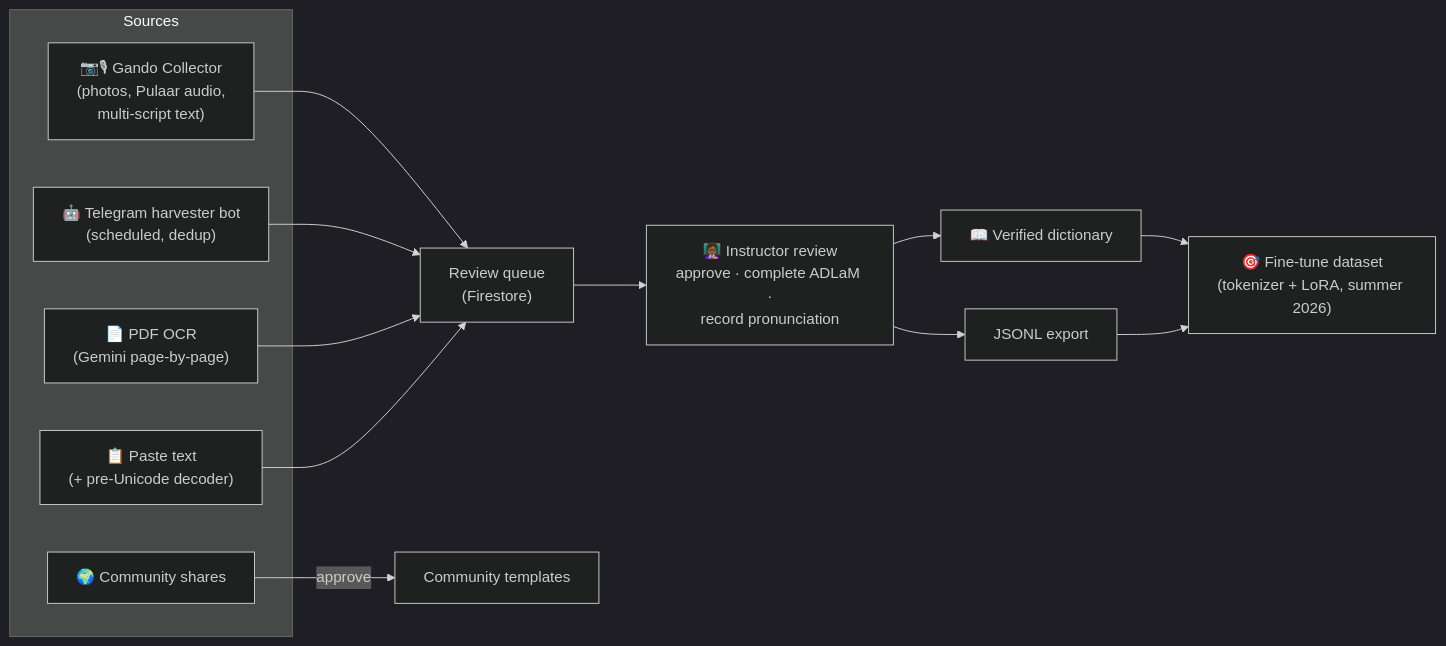
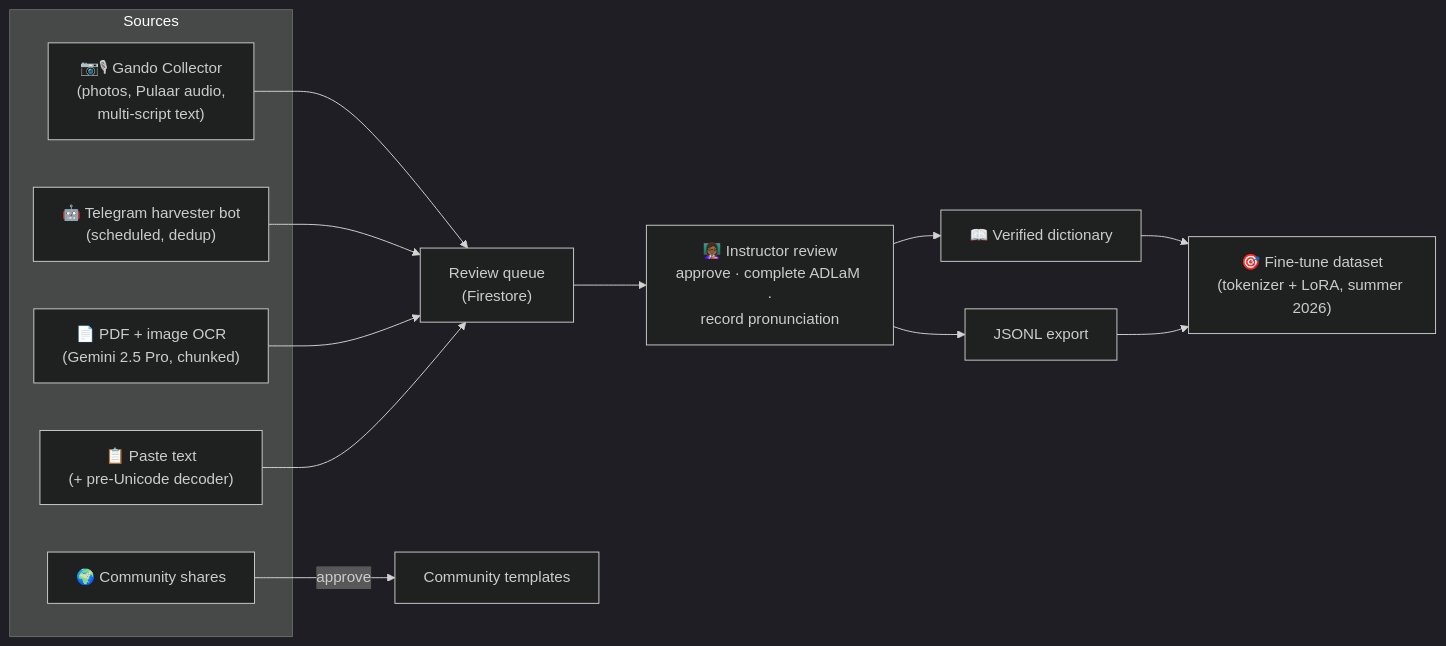
One commit to Dialloni/ADLaM_Pulaar changed the second of 3 diagrams in README.md. Above: the diagram before and after it, drawn with Mermaid (dark theme). The commit also changed other lines of this file, not shown here.

Commit message:
docs(readme): OCR-Pro + image upload, expandable categories, review-queue controls

````diff
--- a/README.md
+++ b/README.md
@@ -73,27 +73,27 @@
 ```mermaid
 flowchart LR
     subgraph Sources
         Coll["📷🎙 Gando Collector<br/>(photos, Pulaar audio,<br/>multi-script text)"]
         TG["🤖 Telegram harvester bot<br/>(scheduled, dedup)"]
-        PDF["📄 PDF OCR<br/>(Gemini page-by-page)"]
+        PDF["📄 PDF + image OCR<br/>(Gemini 2.5 Pro, chunked)"]
         Paste["📋 Paste text<br/>(+ pre-Unicode decoder)"]
         Shares["🌍 Community shares"]
     end
 
     Queue["Review queue<br/>(Firestore)"]
     Admin["👩🏾‍🏫 Instructor review<br/>approve · complete ADLaM ·<br/>record pronunciation"]
     Dict["📖 Verified dictionary"]
     JSONL["JSONL export"]
     Future["🎯 Fine-tune dataset<br/>(tokenizer + LoRA, summer 2026)"]
 
     Coll --> Queue
     TG --> Queue
     PDF --> Queue
     Paste --> Queue
     Shares -->|approve| Templates["Community templates"]
     Queue --> Admin
     Admin --> Dict
     Admin --> JSONL
     Dict --> Future
     JSONL --> Future
 ```
````
